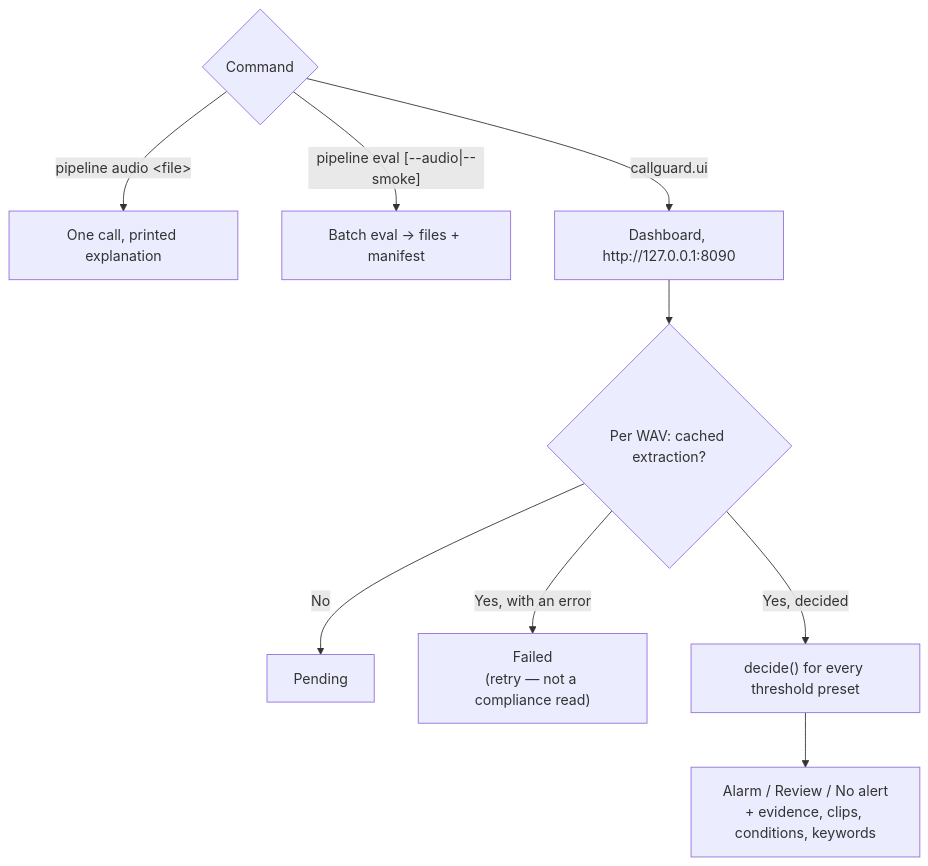
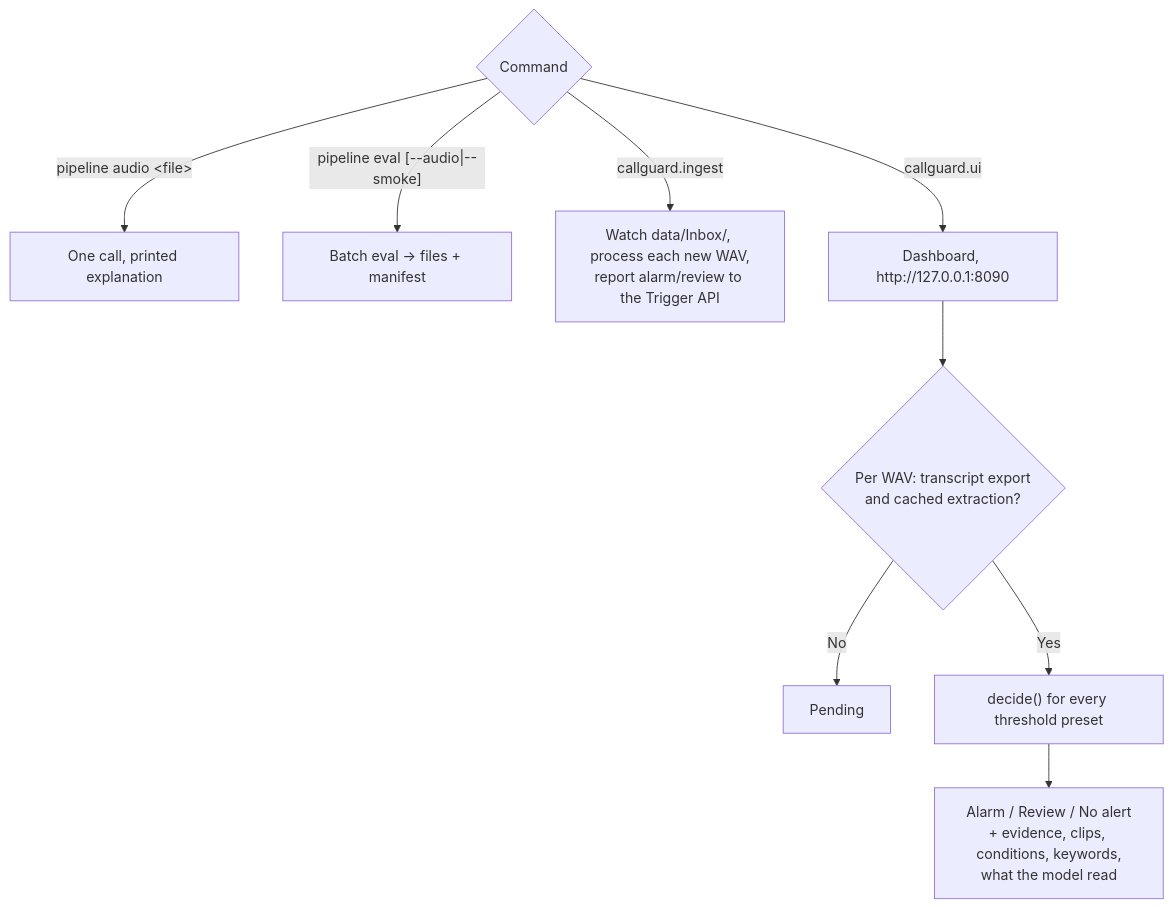
One commit to ep520/Solvent changed the fifth of 5 diagrams in PIPELINE_FLOW.md. Above: the diagram before and after it, drawn with Mermaid. The commit also changed other lines of this file and 140 other files, not shown here.

````diff
--- a/PIPELINE_FLOW.md
+++ b/PIPELINE_FLOW.md
@@ -124,12 +154,12 @@
 ```mermaid
 flowchart TD
     CMD{"Command"} -- "pipeline audio &lt;file&gt;" --> ONE["One call, printed explanation"]
     CMD -- "pipeline eval [--audio|--smoke]" --> MANY["Batch eval → files + manifest"]
+    CMD -- "callguard.ingest" --> WATCH["Watch data/Inbox/, process each new WAV,<br/>report alarm/review to the Trigger API"]
     CMD -- "callguard.ui" --> UI["Dashboard, http://127.0.0.1:8090"]
 
-    UI --> PER_CALL{"Per WAV: cached extraction?"}
+    UI --> PER_CALL{"Per WAV: transcript export<br/>and cached extraction?"}
     PER_CALL -- No --> PENDING["Pending"]
-    PER_CALL -- "Yes, with an error" --> FAILED["Failed<br/>(retry — not a compliance read)"]
-    PER_CALL -- "Yes, decided" --> RECOMPUTE["decide() for every threshold preset"]
-    RECOMPUTE --> VIEW["Alarm / Review / No alert<br/>+ evidence, clips, conditions, keywords"]
+    PER_CALL -- "Yes" --> RECOMPUTE["decide() for every threshold preset"]
+    RECOMPUTE --> VIEW["Alarm / Review / No alert<br/>+ evidence, clips, conditions, keywords,<br/>what the model read"]
 ```
````
